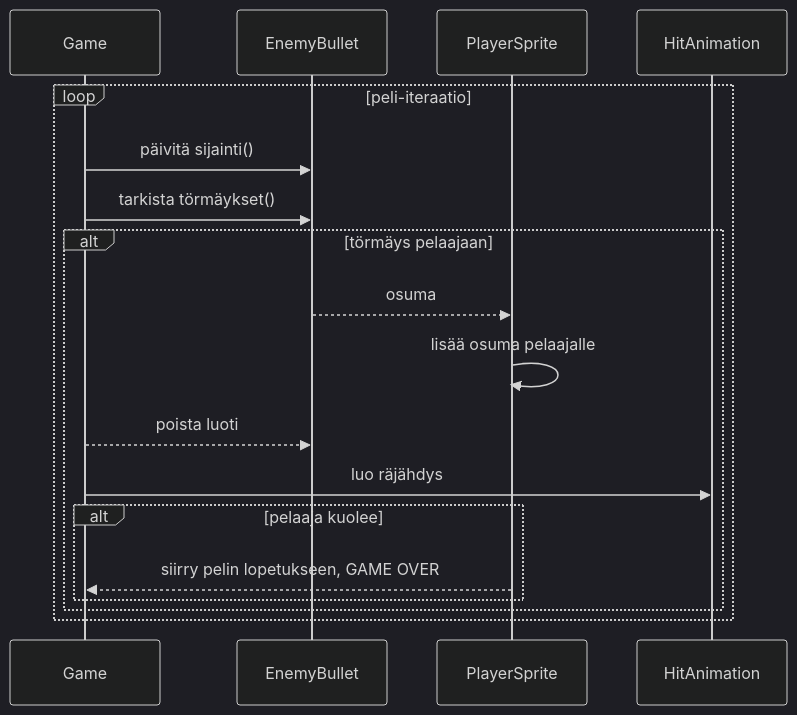
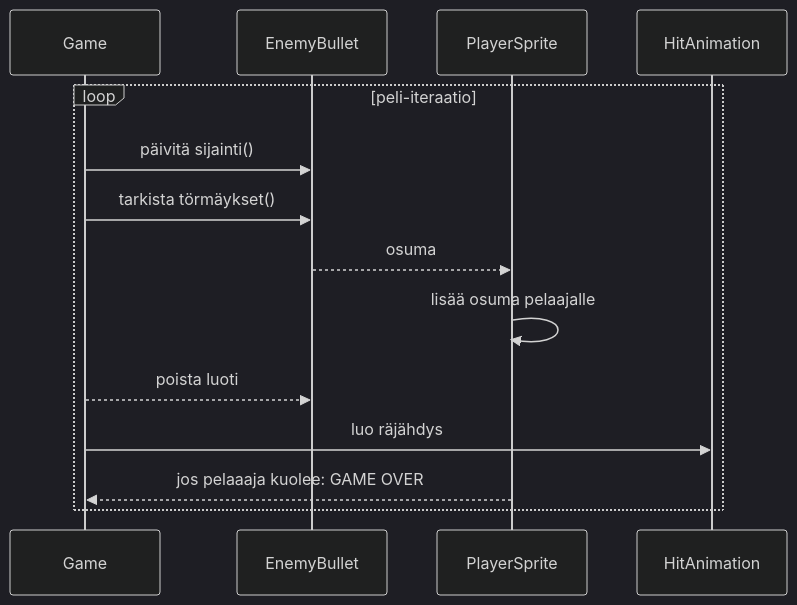
One commit to Tapir79/ot-harjoitustyo changed diagram 19 of 19 in dokumentaatio/arkkitehtuuri.md. Above: the diagram before and after it, drawn with Mermaid (dark theme). The commit also changed other lines of this file and 20 other files, not shown here.

````diff
--- a/dokumentaatio/arkkitehtuuri.md
+++ b/dokumentaatio/arkkitehtuuri.md
@@ -464,24 +466,22 @@
 ```mermaid
 sequenceDiagram
     participant Game
     participant EnemyBullet
     participant PlayerSprite
     participant EnemyBullet
     participant HitAnimation
 
     loop peli-iteraatio
         Game->>EnemyBullet: päivitä sijainti()
         Game->>EnemyBullet: tarkista törmäykset()
 
-        alt törmäys pelaajaan
-            EnemyBullet-->>PlayerSprite: osuma
-            PlayerSprite->>PlayerSprite: lisää osuma pelaajalle
-            Game-->>EnemyBullet: poista luoti
-            Game->>HitAnimation: luo räjähdys
-            alt pelaaja kuolee
-                PlayerSprite-->>Game: siirry pelin lopetukseen, GAME OVER
-            end
-        end
+       
+        EnemyBullet-->>PlayerSprite: osuma
+        PlayerSprite->>PlayerSprite: lisää osuma pelaajalle
+        Game-->>EnemyBullet: poista luoti
+        Game->>HitAnimation: luo räjähdys
+        
+        PlayerSprite-->>Game: jos pelaaaja kuolee: GAME OVER 
     end
 
 ```
````
